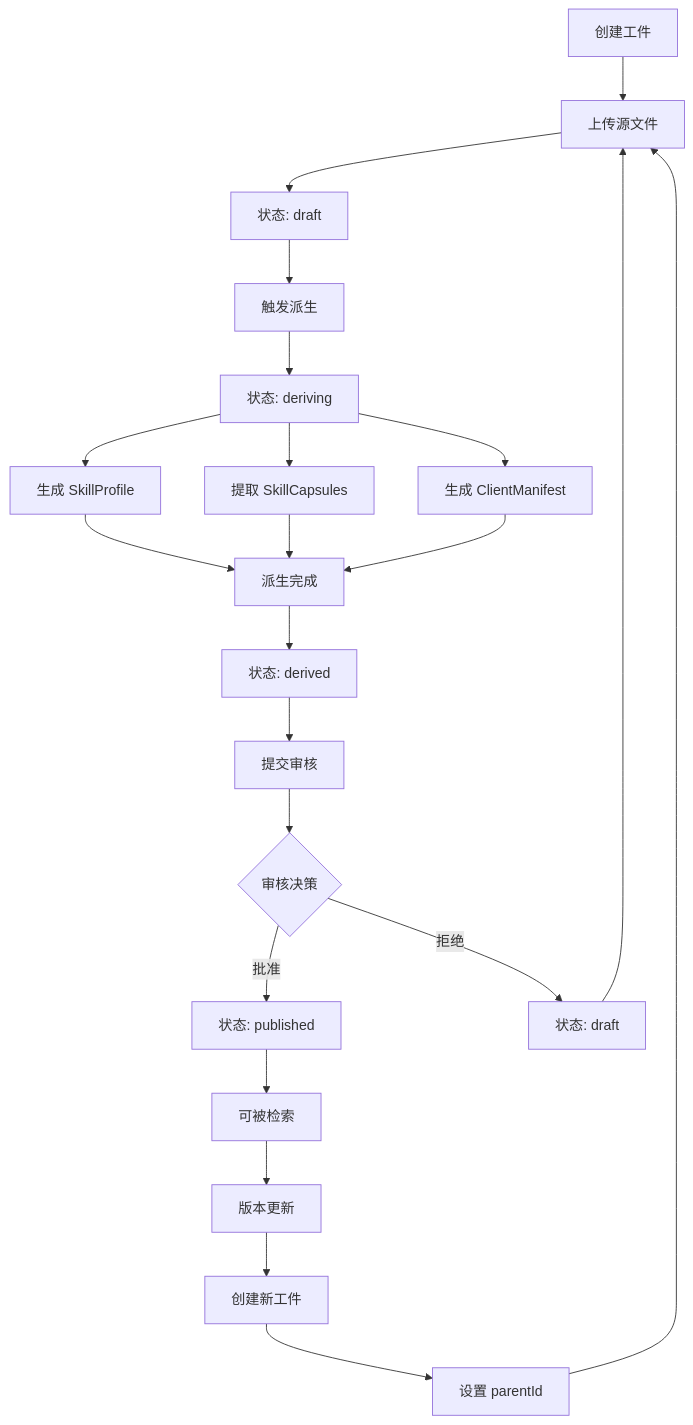
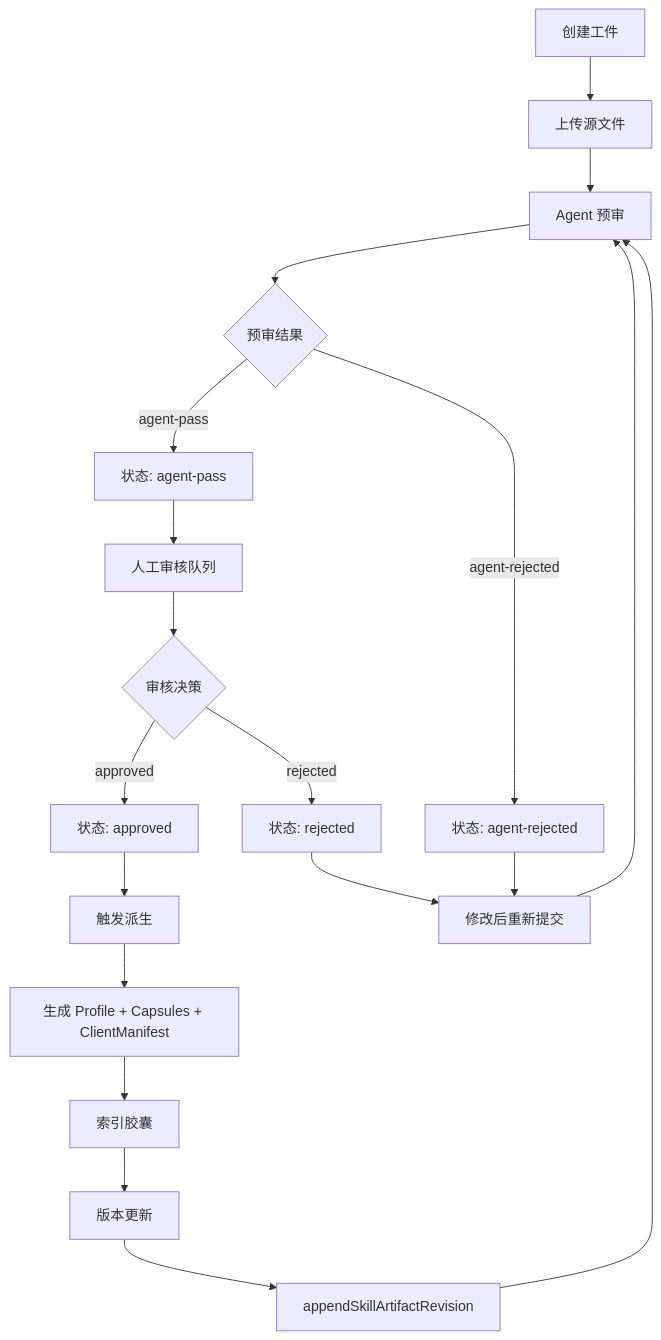
The third of 7 diagrams in docs/architecture/components/ARTIFACTS.md (pofossette/TrapMap-for-vibing), drawn with Mermaid before and after one commit. The commit also changed other lines of this file and 17 other files, not shown here.

````diff
--- a/docs/architecture/components/ARTIFACTS.md
+++ b/docs/architecture/components/ARTIFACTS.md
@@ -192,30 +208,27 @@
 ```mermaid
 flowchart TB
     A[创建工件] --> B[上传源文件]
-    B --> C[状态: draft]
-    C --> D[触发派生]
-    D --> E[状态: deriving]
+    B --> C[Agent 预审]
+    C --> D{预审结果}
+    D -->|agent-pass| E[状态: agent-pass]
+    D -->|agent-rejected| F[状态: agent-rejected]
     
-    E --> F[生成 SkillProfile]
-    E --> G[提取 SkillCapsules]
-    E --> H[生成 ClientManifest]
+    E --> G[人工审核队列]
+    G --> H{审核决策}
     
-    F --> I[派生完成]
-    G --> I
-    H --> I
+    H -->|approved| I[状态: approved]
+    H -->|rejected| J[状态: rejected]
     
-    I --> J[状态: derived]
-    J --> K[提交审核]
-    K --> L{审核决策}
+    I --> K[触发派生]
+    K --> L[生成 Profile + Capsules + ClientManifest]
+    L --> M[索引胶囊]
     
-    L -->|批准| M[状态: published]
-    L -->|拒绝| N[状态: draft]
+    M --> N[版本更新]
+    N --> O[appendSkillArtifactRevision]
+    O --> C
     
-    M --> O[可被检索]
-    O --> P[版本更新]
-    P --> Q[创建新工件]
-    Q --> R[设置 parentId]
-    R --> B
+    J --> P[修改后重新提交]
+    P --> C
     
-    N --> B
+    F --> P
 ```
````
